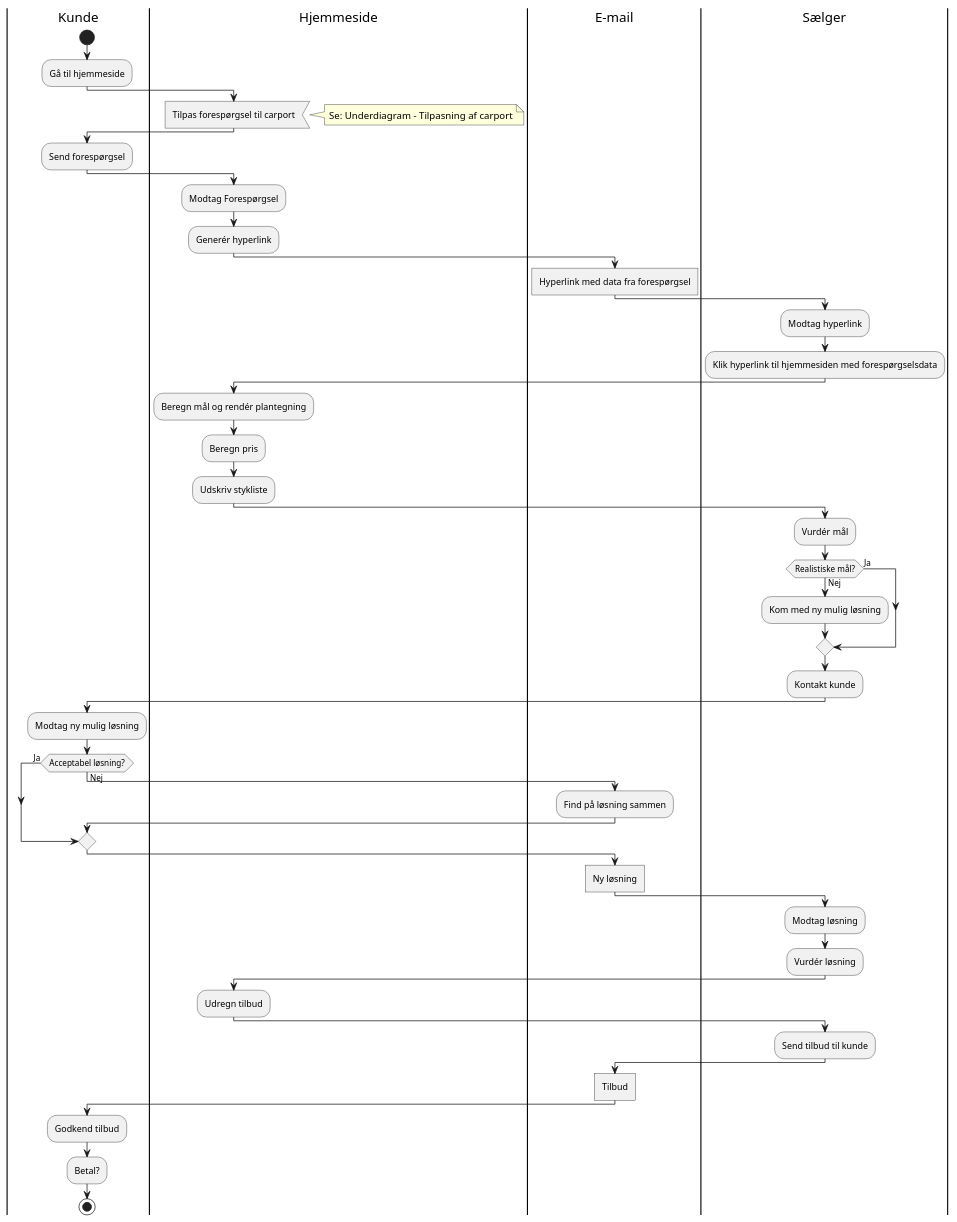
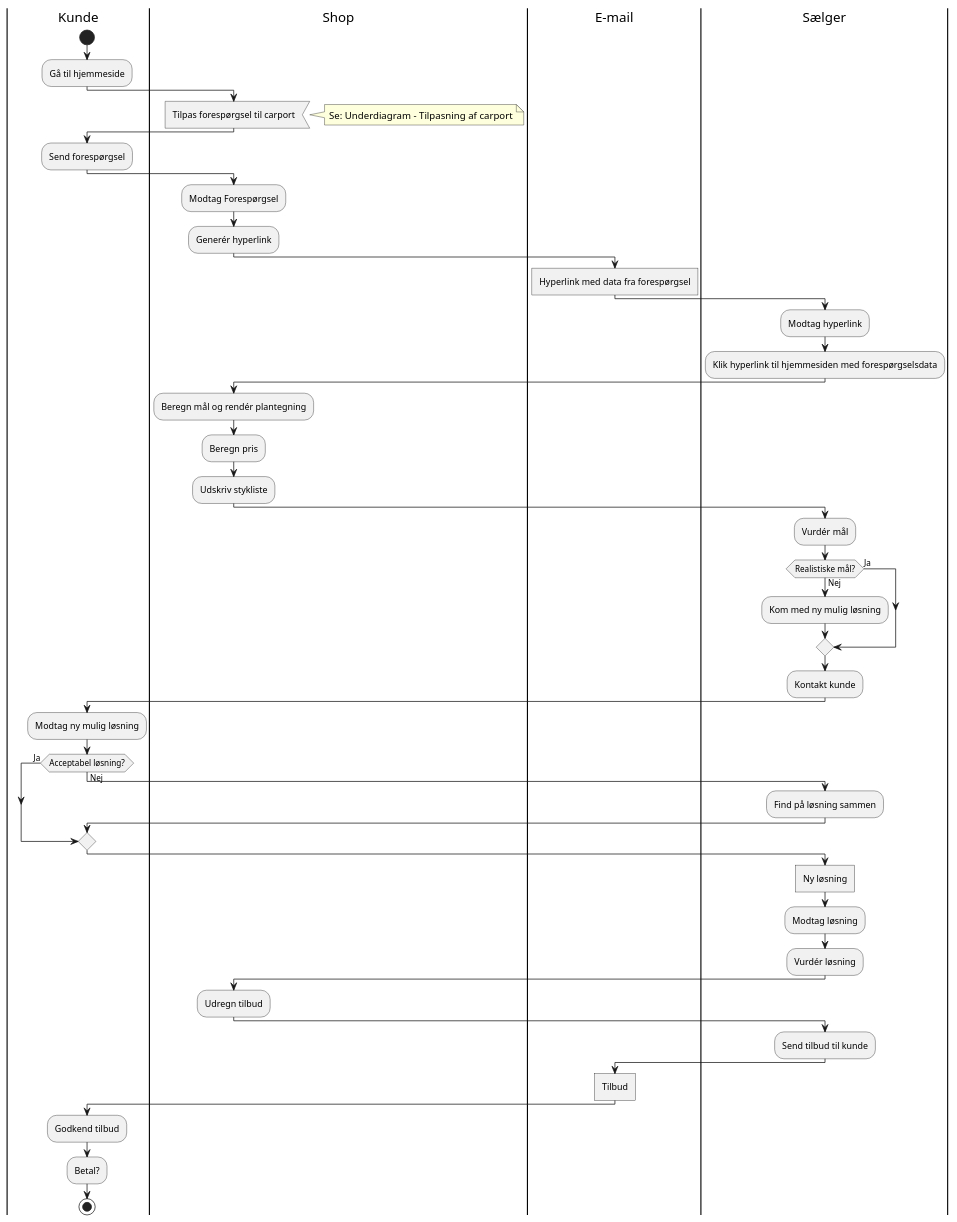
One commit to SirRolin/Carport---GroupB changed the diagram in docs/UML/To-Be/Swimlanes/bestilling af brugerdefineret carport.puml. Above: the diagram before and after it, drawn with PlantUML. The commit also changed 2 other files, not shown here.

```diff
--- a/docs/UML/To-Be/Swimlanes/bestilling af brugerdefineret carport.puml
+++ b/docs/UML/To-Be/Swimlanes/bestilling af brugerdefineret carport.puml
@@ -1,53 +1,53 @@
 @startuml
 'https://plantuml.com/activity-diagram-beta
 
 |Kunde|
 start
 :Gå til hjemmeside;
-|Hjemmeside|
+|Shop|
 :Tilpas forespørgsel til carport<
 note right:Se: Underdiagram - Tilpasning af carport
 |Kunde|
 :Send forespørgsel;
-|Hjemmeside|
+|Shop|
 :Modtag Forespørgsel;
 :Generér hyperlink;
 |E-mail|
 :Hyperlink med data fra forespørgsel]
 |Sælger|
 :Modtag hyperlink;
 :Klik hyperlink til hjemmesiden med forespørgselsdata;
-|Hjemmeside|
+|Shop|
 :Beregn mål og rendér plantegning;
 :Beregn pris;
 :Udskriv stykliste;
 |Sælger|
 :Vurdér mål;
 if(Realistiske mål?) is (Nej) then
 :Kom med ny mulig løsning;
 else (Ja)
 end if
 :Kontakt kunde;
 |Kunde|
 :Modtag ny mulig løsning;
 if (Acceptabel løsning?) is (Nej) then
-|E-mail|
+|Sælger|
 :Find på løsning sammen;
 else (Ja)
 end if
 :Ny løsning]
 |Sælger|
 :Modtag løsning;
 :Vurdér løsning;
-|Hjemmeside|
+|Shop|
 :Udregn tilbud;
 |Sælger|
 :Send tilbud til kunde;
 |E-mail|
 :Tilbud]
 |Kunde|
 :Godkend tilbud;
 :Betal?;
 stop
 
 @enduml
```
